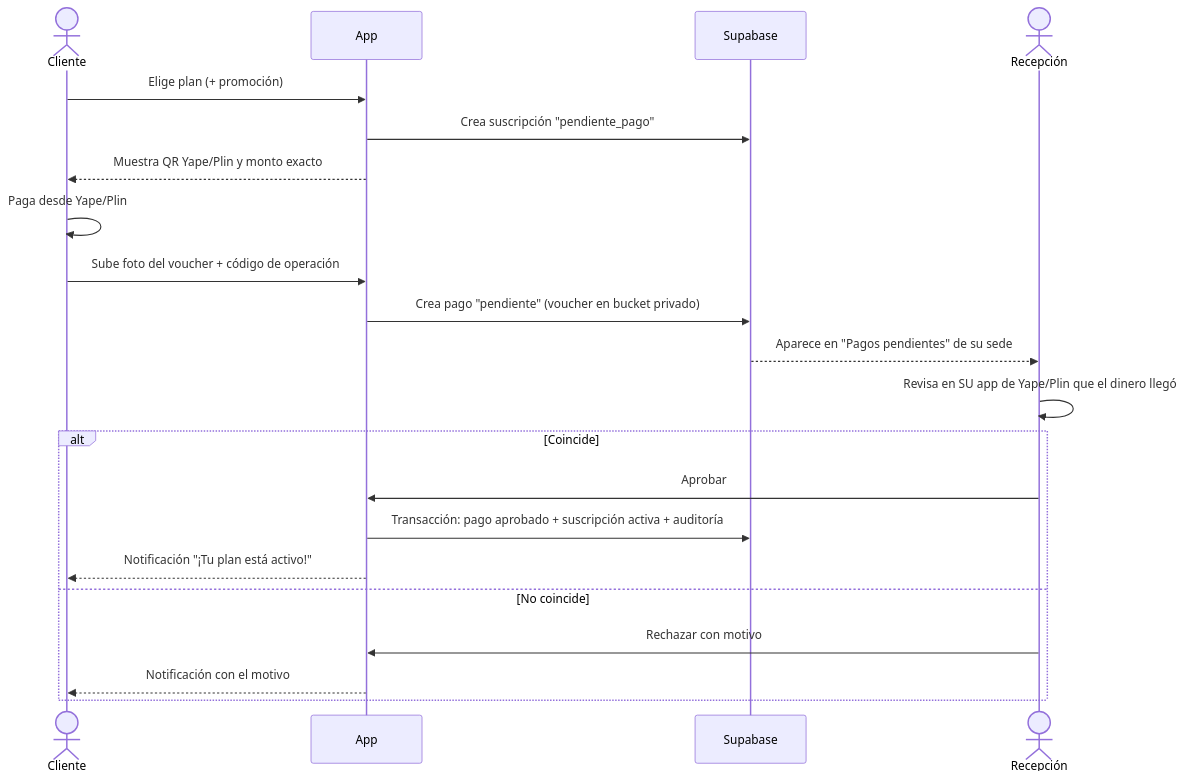
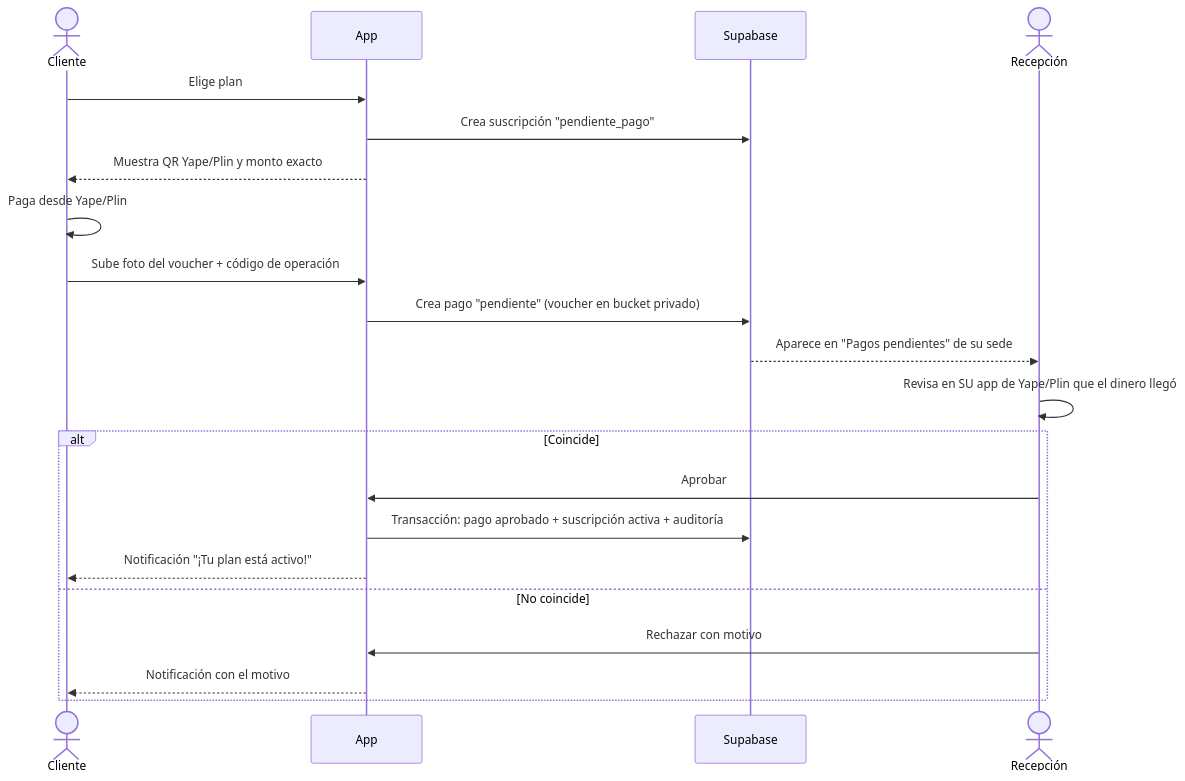
One commit to BernardoCOD/aula-ia-cientifica changed the second of 2 diagrams in PLAN.md. Above: the diagram before and after it, drawn with Mermaid. The commit also changed other lines of this file, not shown here.

First line of the commit message:
Promociones como imágenes y aviso de vencimiento a 3 días en PLAN.md

````diff
--- a/PLAN.md
+++ b/PLAN.md
@@ -382,23 +378,23 @@
 ```mermaid
 sequenceDiagram
     actor C as Cliente
     participant App
     participant BD as Supabase
     actor R as Recepción
-    C->>App: Elige plan (+ promoción)
+    C->>App: Elige plan
     App->>BD: Crea suscripción "pendiente_pago"
     App-->>C: Muestra QR Yape/Plin y monto exacto
     C->>C: Paga desde Yape/Plin
     C->>App: Sube foto del voucher + código de operación
     App->>BD: Crea pago "pendiente" (voucher en bucket privado)
     BD-->>R: Aparece en "Pagos pendientes" de su sede
     R->>R: Revisa en SU app de Yape/Plin que el dinero llegó
     alt Coincide
         R->>App: Aprobar
         App->>BD: Transacción: pago aprobado + suscripción activa + auditoría
         App-->>C: Notificación "¡Tu plan está activo!"
     else No coincide
         R->>App: Rechazar con motivo
         App-->>C: Notificación con el motivo
     end
 ```
````
